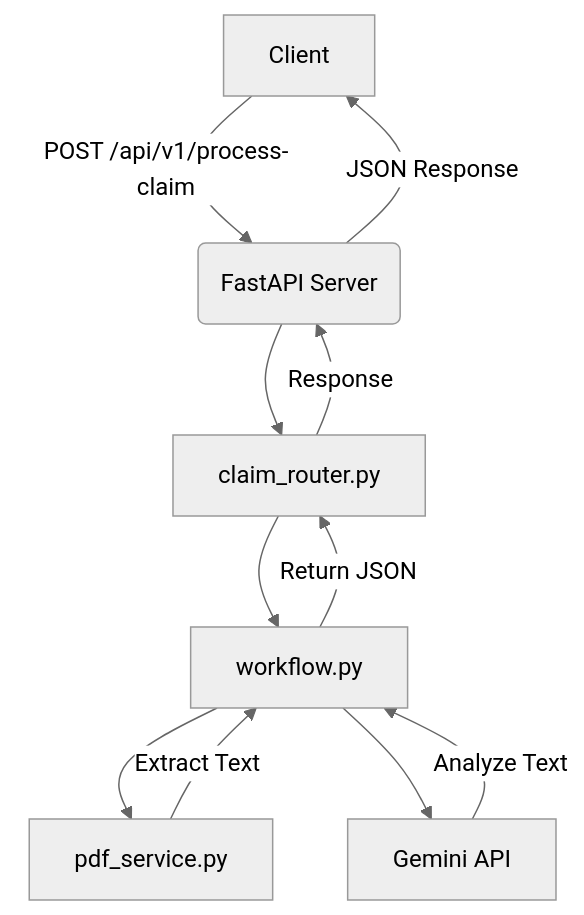
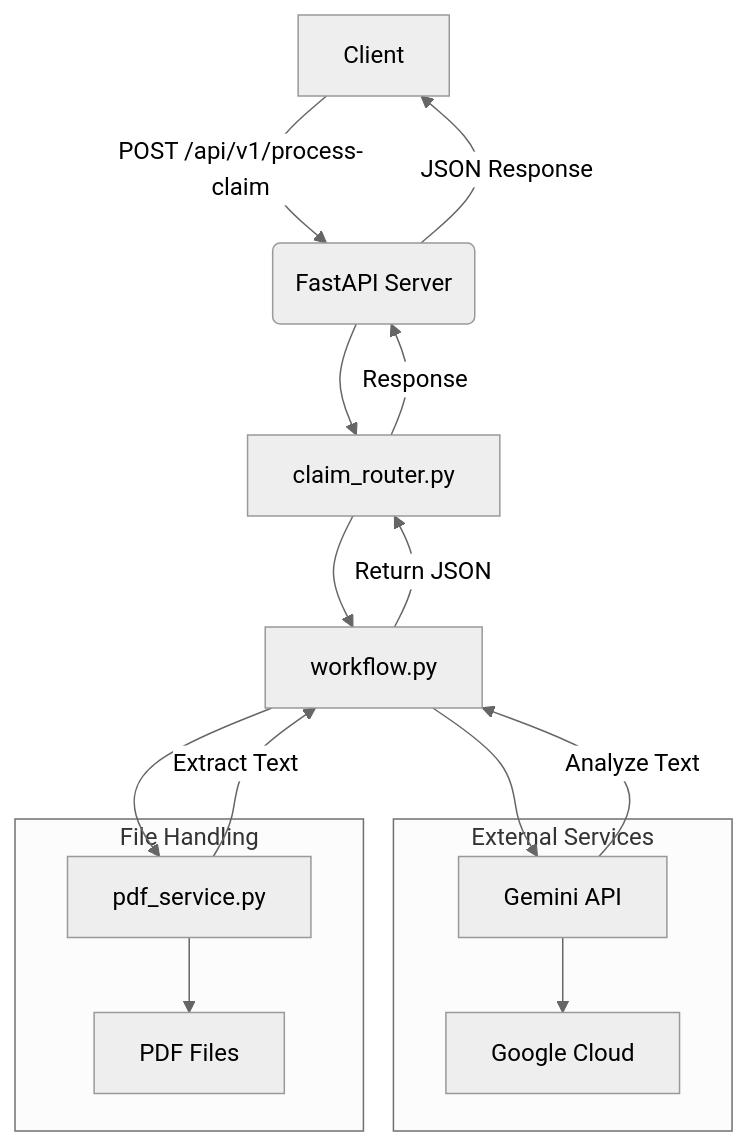
Before and after one commit to Bhukya7/HealthPay-Claim-Processor-API: the diagram in README.md, drawn with Mermaid (neutral theme). The commit also changed other lines of this file, not shown here.

````diff
--- a/README.md
+++ b/README.md
@@ -7,13 +23,19 @@
 ```mermaid
 graph TD
     A[Client] -->|POST /api/v1/process-claim| B(FastAPI Server)
     B --> C[claim_router.py]
     C --> D[workflow.py]
     D --> E[pdf_service.py]
     D --> F[Gemini API]
     E -->|Extract Text| D
     F -->|Analyze Text| D
     D -->|Return JSON| C
     C -->|Response| B
     B -->|JSON Response| A
+    subgraph External Services
+        F --> G[Google Cloud]
+    end
+    subgraph File Handling
+        E --> H[PDF Files]
+    end
 ```
````
